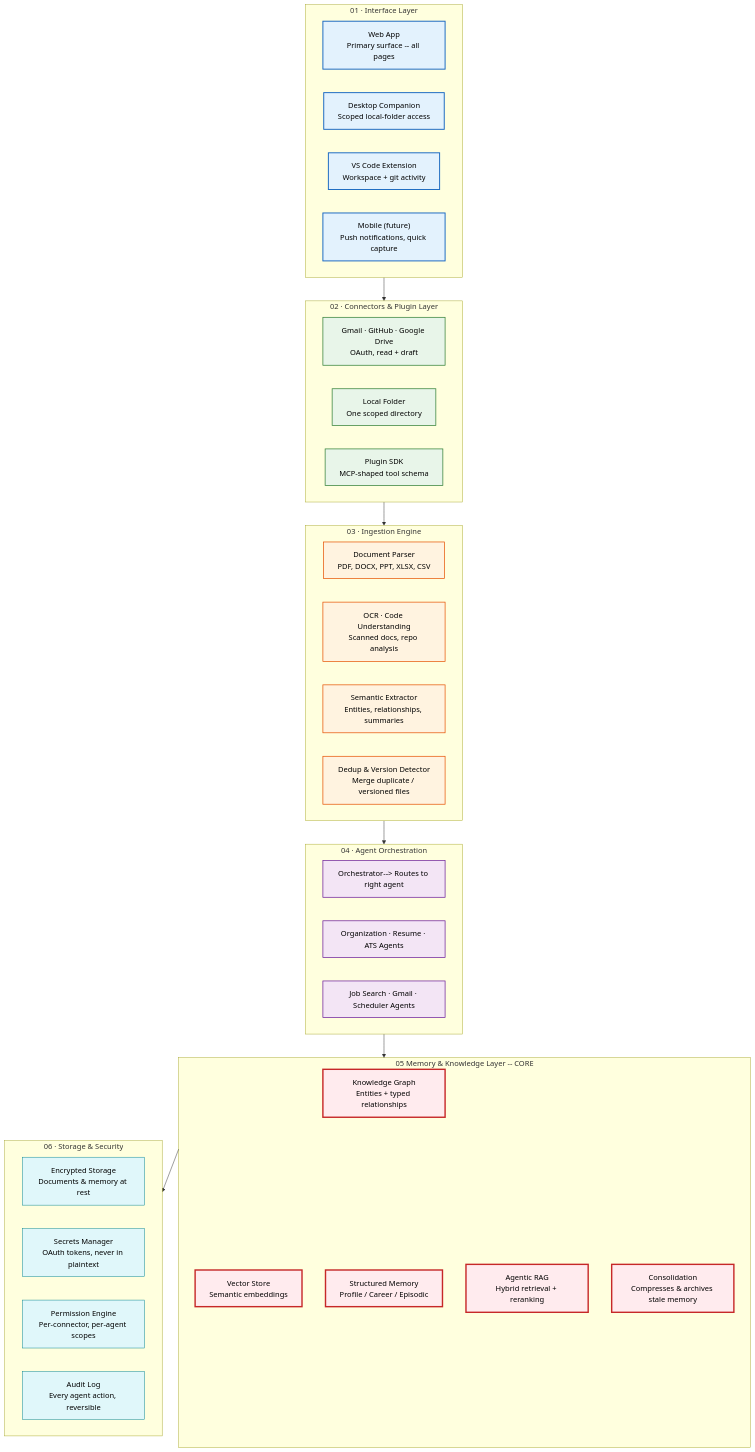
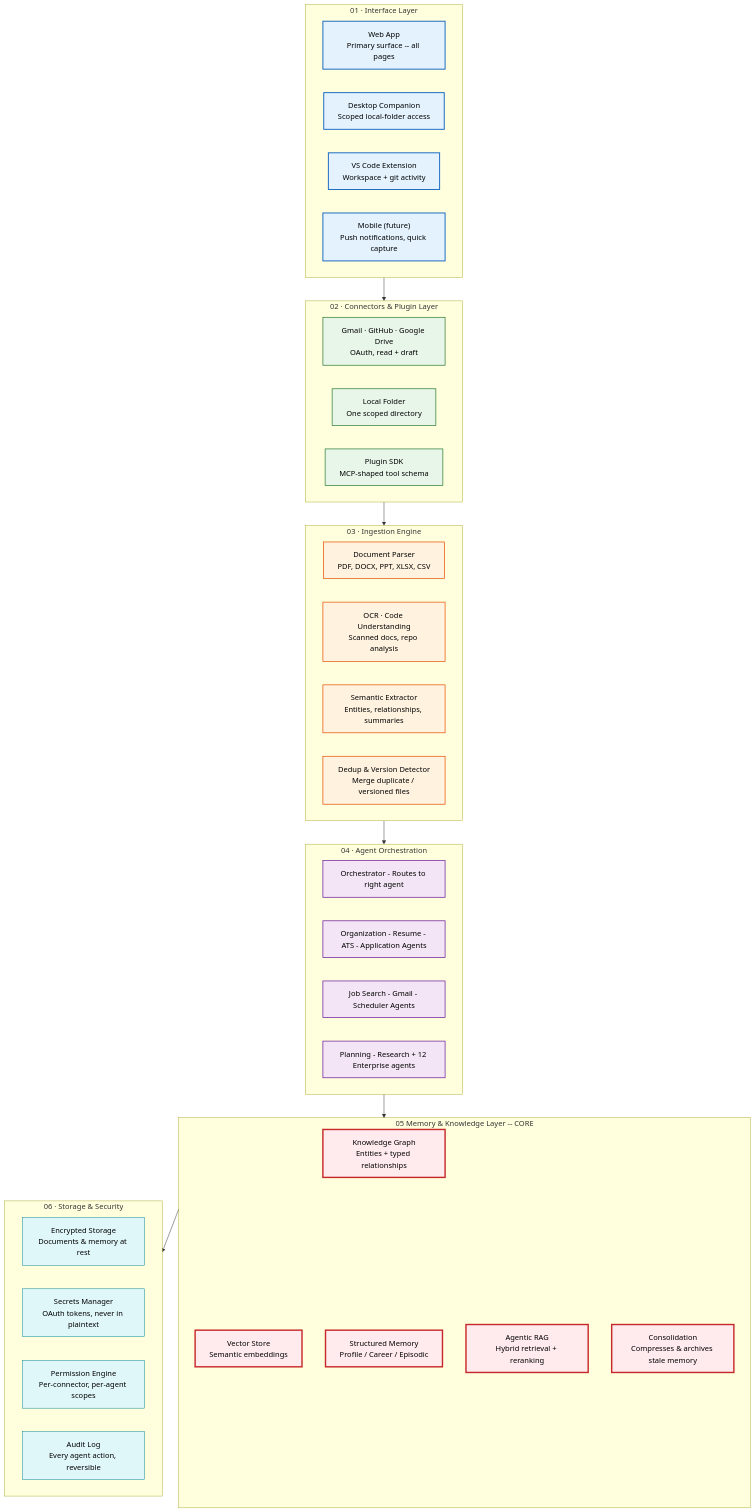
The diagram in docs/02-system-architecture.md (Driftloom/Vaeloom), drawn with Mermaid before and after one commit. The commit also changed other lines of this file and 12 other files, not shown here.

Commit message:
docs(architecture): reconcile system, agent, connector, and auth specs with code truth

````diff
--- a/docs/02-system-architecture.md
+++ b/docs/02-system-architecture.md
@@ -36,60 +36,61 @@
 ```mermaid
 graph TD
  classDef interface fill:#e3f2fd,stroke:#1565c0,color:#000,stroke-width:2px
  classDef connector fill:#e8f5e9,stroke:#2e7d32,color:#000,stroke-width:1.5px
  classDef ingest fill:#fff3e0,stroke:#e65100,color:#000,stroke-width:1.5px
  classDef agent fill:#f3e5f5,stroke:#6a1b9a,color:#000,stroke-width:1.5px
  classDef core fill:#ffebee,stroke:#c62828,color:#000,stroke-width:3px
  classDef storage fill:#e0f7fa,stroke:#00838f,color:#000,stroke-width:1px
 
  subgraph Interface["01 · Interface Layer"]
  I1["Web App<br/>Primary surface -- all pages"]
  I2["Desktop Companion<br/>Scoped local-folder access"]
  I3["VS Code Extension<br/>Workspace + git activity"]
  I4["Mobile (future)<br/>Push notifications, quick capture"]
  end
 
  subgraph Connectors["02 · Connectors & Plugin Layer"]
  C1["Gmail · GitHub · Google Drive<br/>OAuth, read + draft"]
  C2["Local Folder<br/>One scoped directory"]
  C3["Plugin SDK<br/>MCP-shaped tool schema"]
  end
 
  subgraph Ingestion["03 · Ingestion Engine"]
  G1["Document Parser<br/>PDF, DOCX, PPT, XLSX, CSV"]
  G2["OCR · Code Understanding<br/>Scanned docs, repo analysis"]
  G3["Semantic Extractor<br/>Entities, relationships, summaries"]
  G4["Dedup & Version Detector<br/>Merge duplicate / versioned files"]
  end
 
- subgraph Orchestration["04 · Agent Orchestration"]
- O1["Orchestrator--> Routes to right agent"]
- O2["Organization · Resume · ATS Agents"]
- O3["Job Search · Gmail · Scheduler Agents"]
- end
+  subgraph Orchestration["04 · Agent Orchestration"]
+  O1["Orchestrator - Routes to right agent"]
+  O2["Organization - Resume - ATS - Application Agents"]
+  O3["Job Search - Gmail - Scheduler Agents"]
+  O3b["Planning - Research + 12 Enterprise agents"]
+  end
 
   subgraph Memory["05 Memory & Knowledge Layer -- CORE"]
  M1["Knowledge Graph<br/>Entities + typed relationships"]
  M2["Vector Store<br/>Semantic embeddings"]
  M3["Structured Memory<br/>Profile / Career / Episodic"]
  M4["Agentic RAG<br/>Hybrid retrieval + reranking"]
  M5["Consolidation<br/>Compresses & archives stale memory"]
  end
 
  subgraph Storage["06 · Storage & Security"]
  S1["Encrypted Storage<br/>Documents & memory at rest"]
  S2["Secrets Manager<br/>OAuth tokens, never in plaintext"]
  S3["Permission Engine<br/>Per-connector, per-agent scopes"]
  S4["Audit Log<br/>Every agent action, reversible"]
  end
 
  Interface--> Connectors--> Ingestion--> Orchestration--> Memory--> Storage
  Memory -.- M1 & M2 & M3 & M4 & M5
 
  class I1,I2,I3,I4 interface
  class C1,C2,C3 connector
  class G1,G2,G3,G4 ingest
- class O1,O2,O3 agent
+  class O1,O2,O3,O3b agent
  class M1,M2,M3,M4,M5 core
  class S1,S2,S3,S4 storage
 ```
````
